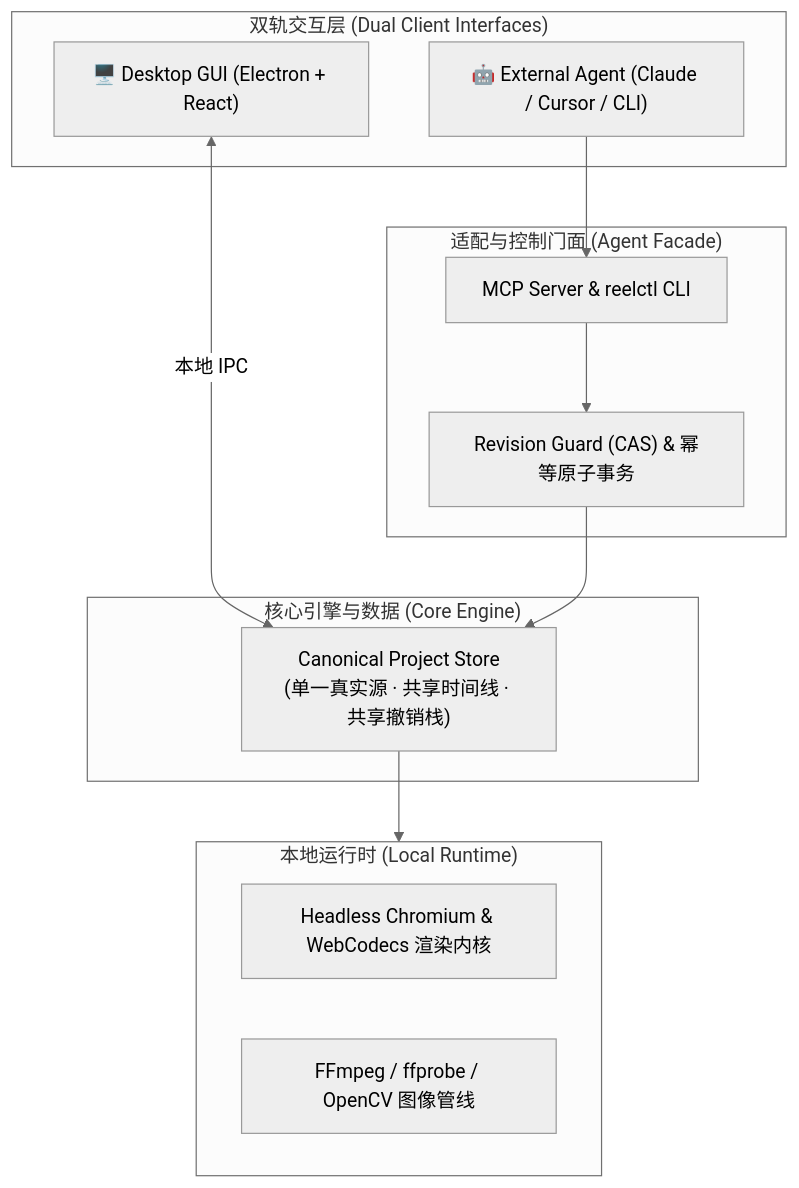
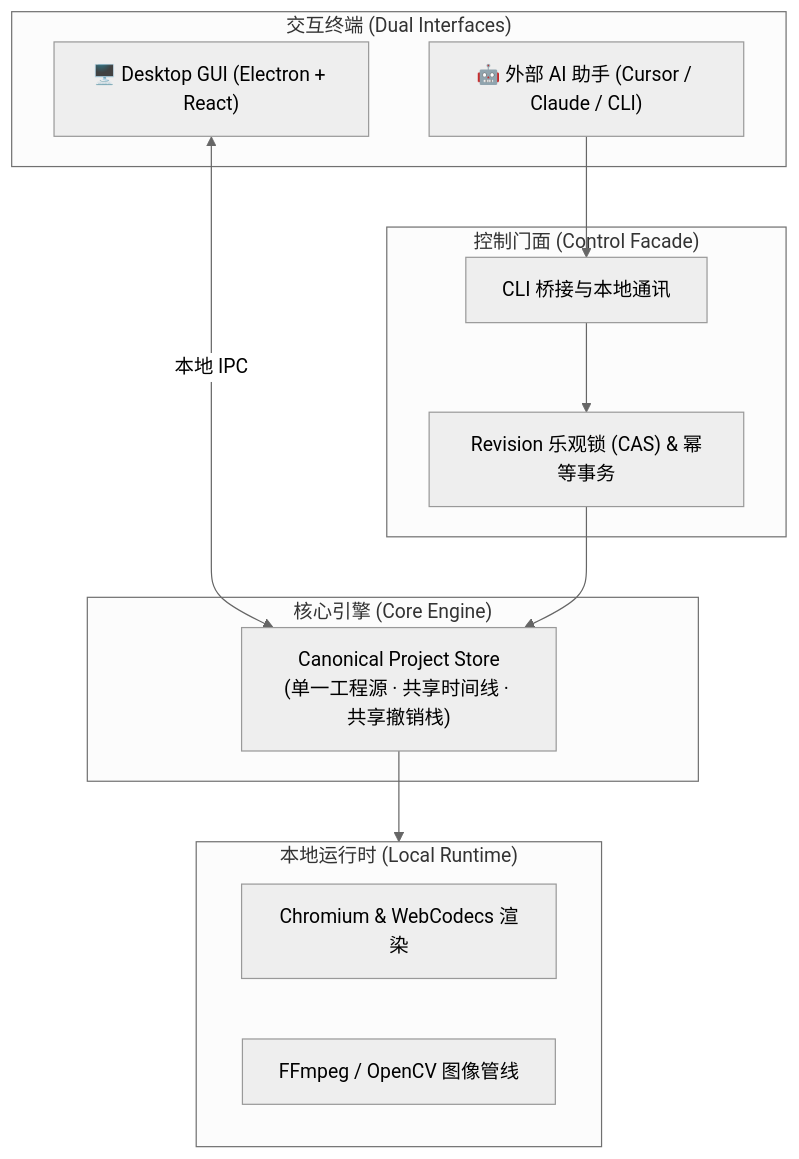
One commit to yuchen-ya/reelterminal changed the second of 2 diagrams in README.md. Above: the diagram before and after it, drawn with Mermaid (neutral theme). The commit also changed other lines of this file, not shown here.

Commit message:
docs: adjust tone to authentic personal project, remove MCP hype, add feedback section

````diff
--- a/README.md
+++ b/README.md
@@ -113,25 +83,25 @@
 ```mermaid
 flowchart TD
-    subgraph Clients [" 双轨交互层 (Dual Client Interfaces) "]
+    subgraph Clients [" 交互终端 (Dual Interfaces) "]
         GUI["🖥️ Desktop GUI (Electron + React)"]
-        Agent["🤖 External Agent (Claude / Cursor / CLI)"]
+        Agent["🤖 外部 AI 助手 (Cursor / Claude / CLI)"]
     end
 
-    subgraph Facade [" 适配与控制门面 (Agent Facade) "]
-        MCP["MCP Server & reelctl CLI"]
-        Guard["Revision Guard (CAS) & 幂等原子事务"]
+    subgraph Facade [" 控制门面 (Control Facade) "]
+        Bridge["CLI 桥接与本地通讯"]
+        Guard["Revision 乐观锁 (CAS) & 幂等事务"]
     end
 
-    subgraph Core [" 核心引擎与数据 (Core Engine) "]
-        Store["Canonical Project Store<br>(单一真实源 · 共享时间线 · 共享撤销栈)"]
+    subgraph Core [" 核心引擎 (Core Engine) "]
+        Store["Canonical Project Store<br>(单一工程源 · 共享时间线 · 共享撤销栈)"]
     end
 
     subgraph Runtime [" 本地运行时 (Local Runtime) "]
-        Render["Headless Chromium & WebCodecs 渲染内核"]
-        Tools["FFmpeg / ffprobe / OpenCV 图像管线"]
+        Render["Chromium & WebCodecs 渲染"]
+        Tools["FFmpeg / OpenCV 图像管线"]
     end
 
     GUI <-->|"本地 IPC"| Store
-    Agent --> MCP --> Guard --> Store
+    Agent --> Bridge --> Guard --> Store
     Store --> Runtime
 ```
````
